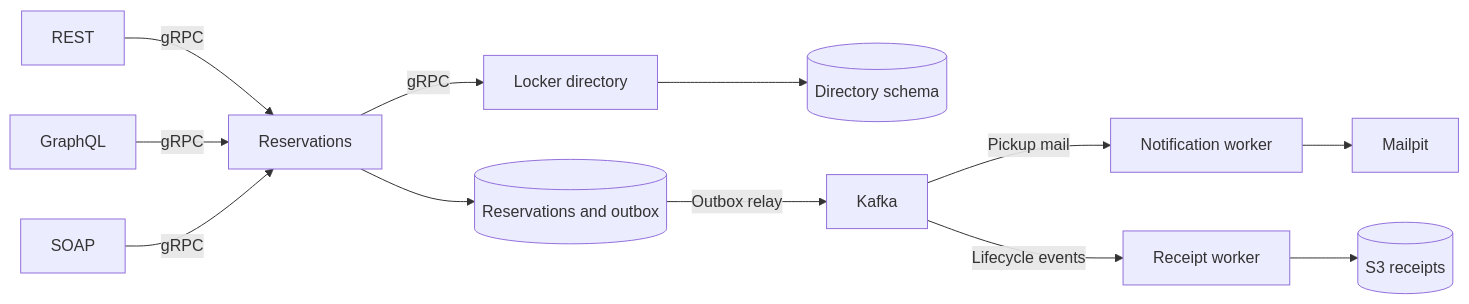
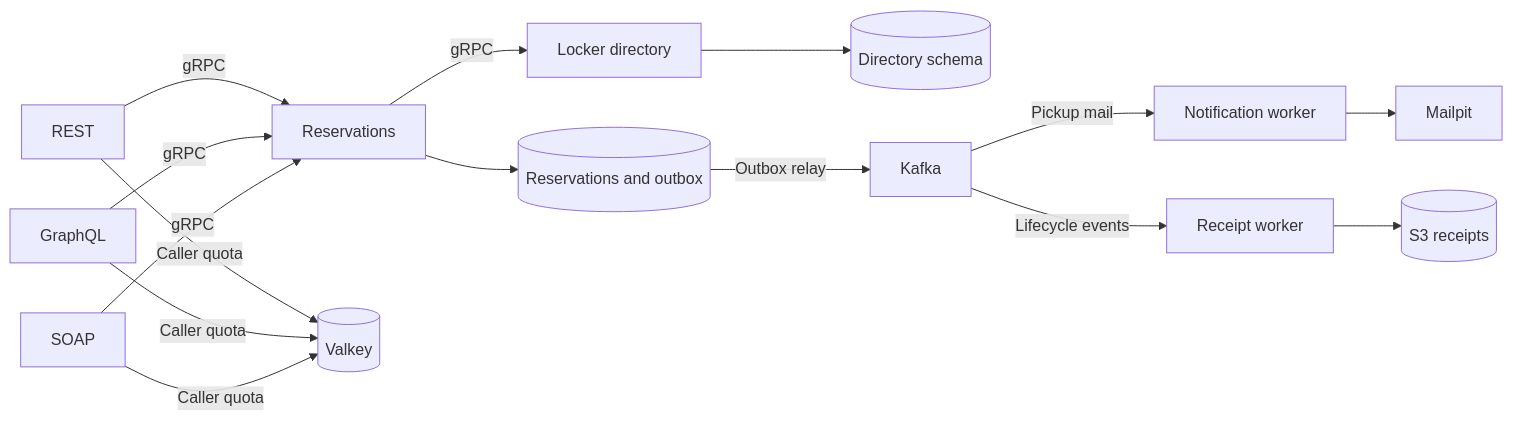
One commit to onibaku789/java-assessment-labs changed the diagram in README.md. Above: the diagram before and after it, drawn with Mermaid. The commit also changed other lines of this file and 99 other files, not shown here.

````diff
--- a/README.md
+++ b/README.md
@@ -159,14 +171,15 @@
 ```mermaid
 flowchart LR
     R[REST] -->|gRPC| B[Reservations]
     G[GraphQL] -->|gRPC| B
     S[SOAP] -->|gRPC| B
+    R & G & S -->|Caller quota| V[(Valkey)]
     B -->|gRPC| D[Locker directory]
     D --> DC[(Directory schema)]
     B --> DB[(Reservations and outbox)]
     DB -->|Outbox relay| K[Kafka]
     K -->|Pickup mail| N[Notification worker]
     K -->|Lifecycle events| A[Receipt worker]
     N --> M[Mailpit]
     A --> O[(S3 receipts)]
 ```
````
